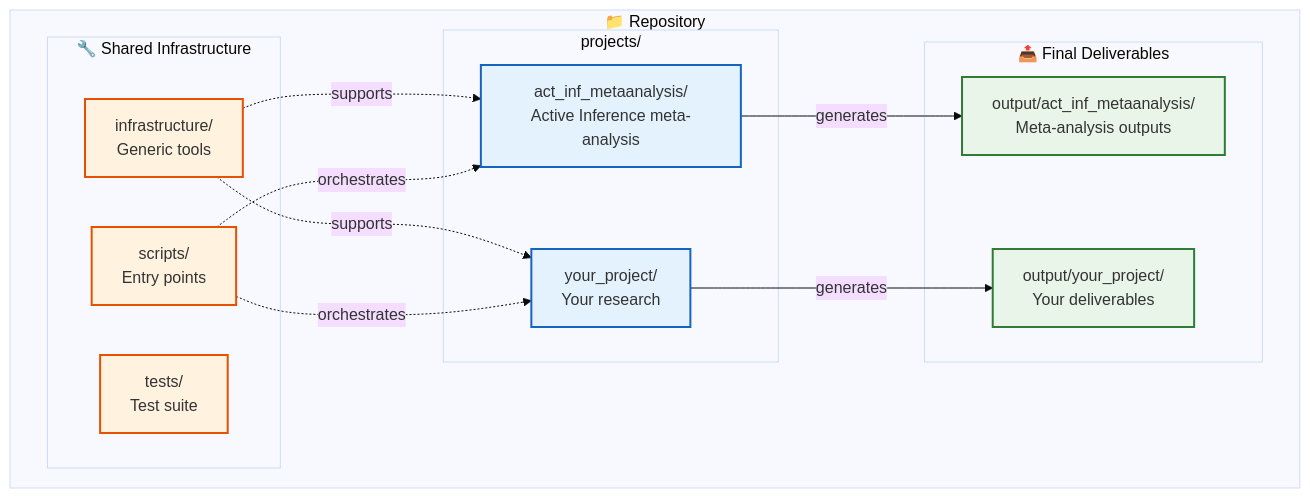
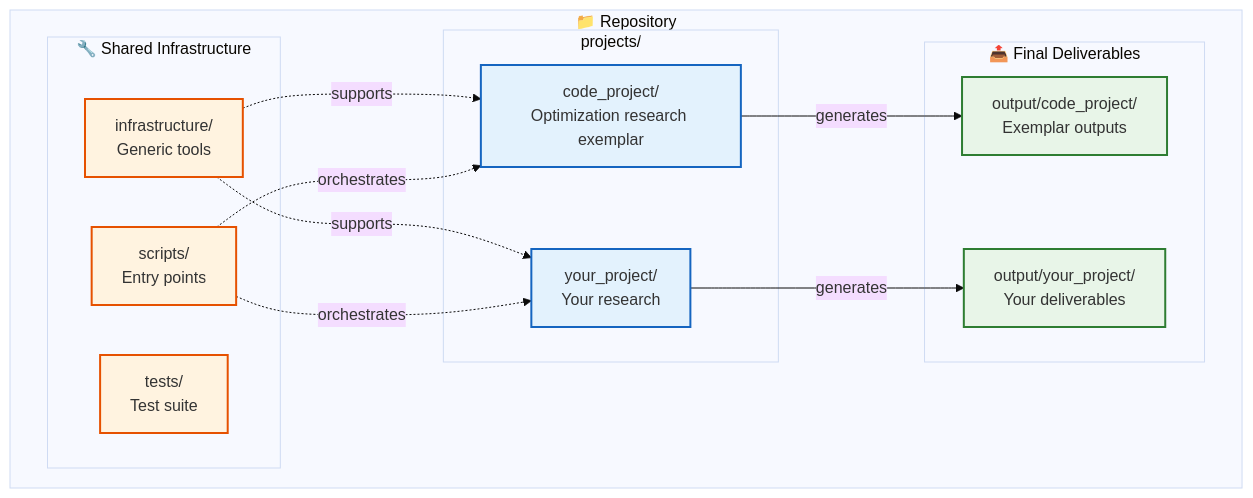
One commit to docxology/template changed the third of 14 diagrams in README.md. Above: the diagram before and after it, drawn with Mermaid (base theme). The commit also changed other lines of this file and 417 other files, not shown here.

````diff
--- a/README.md
+++ b/README.md
@@ -232,37 +232,37 @@
 ```mermaid
 graph TB
     subgraph Repository["📁 Repository"]
         subgraph Projects["projects/"]
-            P1[act_inf_metaanalysis/<br/>Active Inference meta-analysis]
+            P1[code_project/<br/>Optimization research exemplar]
             PN[your_project/<br/>Your research]
         end
 
         subgraph Shared["🔧 Shared Infrastructure"]
             INFRA[infrastructure/<br/>Generic tools]
             SCRIPTS[scripts/<br/>Entry points]
             TESTS[tests/<br/>Test suite]
         end
 
         subgraph Output["📤 Final Deliverables"]
-            OUT1[output/act_inf_metaanalysis/<br/>Meta-analysis outputs]
+            OUT1[output/code_project/<br/>Exemplar outputs]
             OUTN[output/your_project/<br/>Your deliverables]
         end
     end
 
     P1 -->|generates| OUT1
     PN -->|generates| OUTN
 
     INFRA -.->|supports| P1
     INFRA -.->|supports| PN
 
     SCRIPTS -.->|orchestrates| P1
     SCRIPTS -.->|orchestrates| PN
 
     classDef project fill:#e3f2fd,stroke:#1565c0,stroke-width:2px
     classDef shared fill:#fff3e0,stroke:#e65100,stroke-width:2px
     classDef output fill:#e8f5e8,stroke:#2e7d32,stroke-width:2px
 
     class P1,PN project
     class INFRA,SCRIPTS,TESTS shared
     class OUT1,OUTN output
 ```
````
